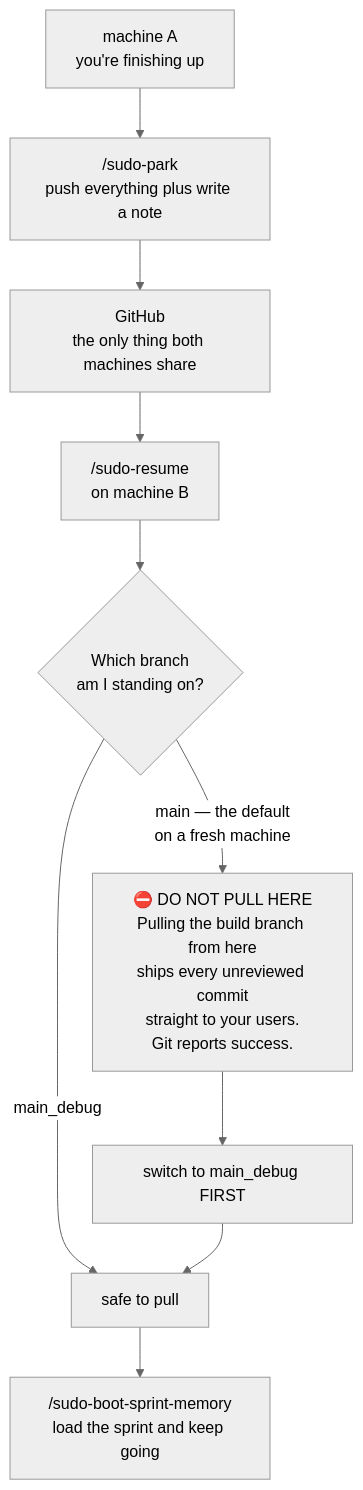
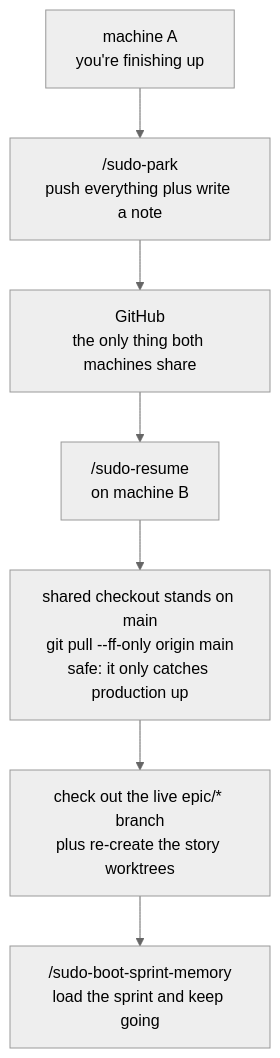
One commit to sudomadhatter/Sudo_Hatter_Command changed the sixth of 8 diagrams in _my_resources/_quick_reference/sudo_workflows_testing.md. Above: the diagram before and after it, drawn with Mermaid (neutral theme). The commit also changed other lines of this file and 101 other files, not shown here.

First line of the commit message:
feat(git)!: retire main_debug — epic-branch → main is the dev standard

````diff
--- a/_my_resources/_quick_reference/sudo_workflows_testing.md
+++ b/_my_resources/_quick_reference/sudo_workflows_testing.md
@@ -334,12 +338,9 @@
 ```mermaid
 flowchart TD
     M1["machine A\nyou're finishing up"] --> PARK["/sudo-park\npush everything plus write a note"]
     PARK --> ORIGIN["GitHub\nthe only thing both machines share"]
     ORIGIN --> RESUME["/sudo-resume\non machine B"]
-    RESUME --> CHECK{"Which branch\nam I standing on?"}
-    CHECK -- "main — the default\non a fresh machine" --> DANGER["⛔ DO NOT PULL HERE\nPulling the build branch from here\nships every unreviewed commit\nstraight to your users.\nGit reports success."]
-    CHECK -- "main_debug" --> SAFE["safe to pull"]
-    DANGER --> FIX["switch to main_debug FIRST"]
-    FIX --> SAFE
-    SAFE --> BOOT["/sudo-boot-sprint-memory\nload the sprint and keep going"]
+    RESUME --> PULL["shared checkout stands on main\ngit pull --ff-only origin main\nsafe: it only catches production up"]
+    PULL --> WORK["check out the live epic/* branch\nplus re-create the story worktrees"]
+    WORK --> BOOT["/sudo-boot-sprint-memory\nload the sprint and keep going"]
 ```
````
